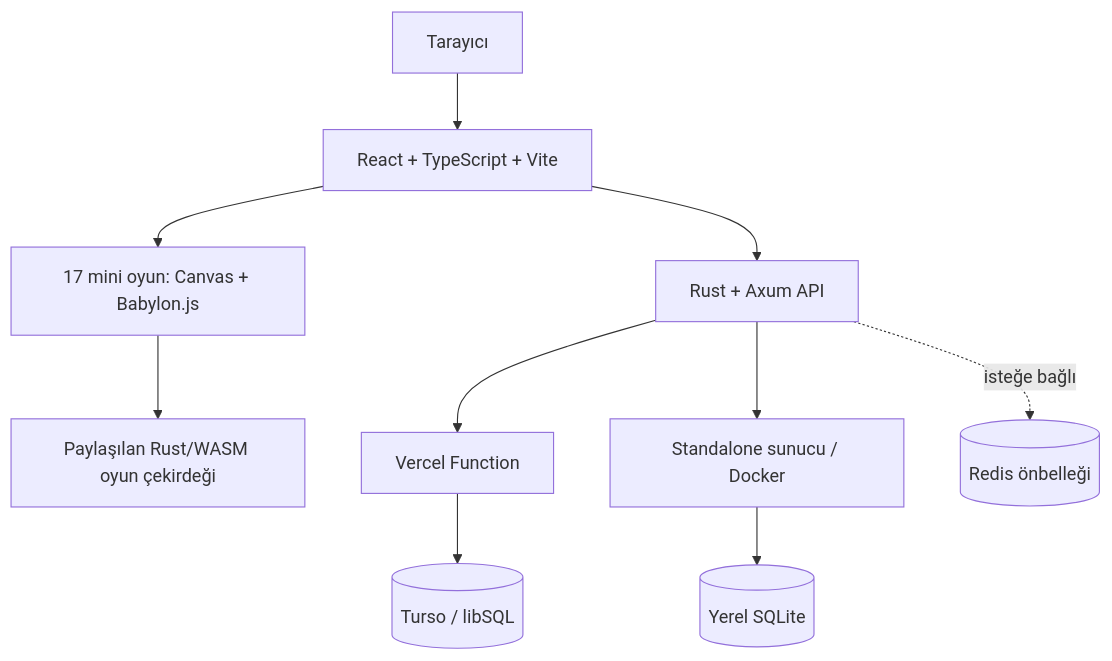
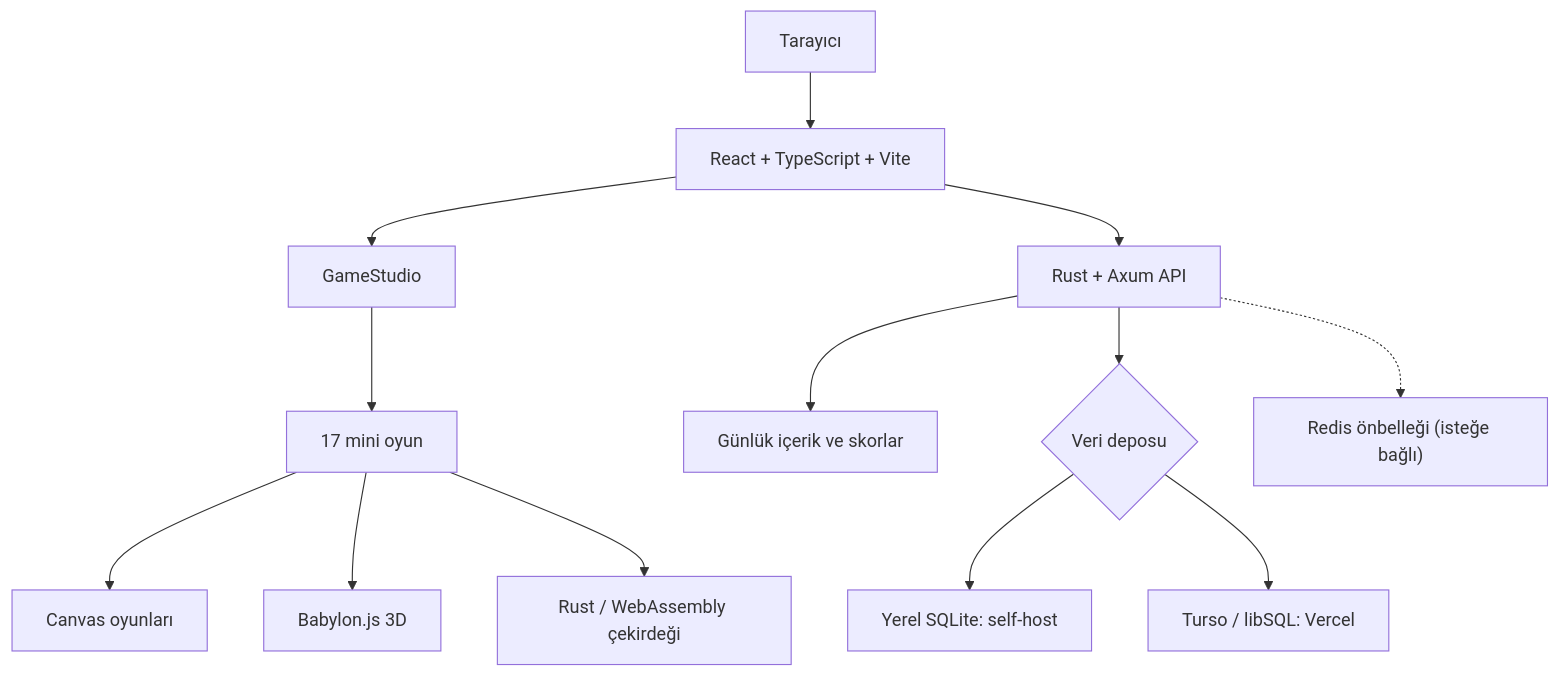
Before and after one commit to dixtuel/sely-minigame-hub: the diagram in README.md, drawn with Mermaid. The commit also changed other lines of this file, not shown here.

````diff
--- a/README.md
+++ b/README.md
@@ -96,12 +142,15 @@
 ```mermaid
 flowchart TD
-    Browser[Tarayıcı] --> UI[React + TypeScript + Vite]
-    UI --> Games[17 mini oyun: Canvas + Babylon.js]
-    Games --> WASM[Paylaşılan Rust/WASM oyun çekirdeği]
-    UI --> API[Rust + Axum API]
-    API --> Vercel[Vercel Function]
-    API --> Standalone[Standalone sunucu / Docker]
-    Vercel --> Turso[(Turso / libSQL)]
-    Standalone --> SQLite[(Yerel SQLite)]
-    API -. isteğe bağlı .-> Redis[(Redis önbelleği)]
+    Browser["Tarayıcı"] --> Client["React + TypeScript + Vite"]
+    Client --> Studio["GameStudio"]
+    Studio --> Games["17 mini oyun"]
+    Games --> Canvas["Canvas oyunları"]
+    Games --> Babylon["Babylon.js 3D"]
+    Games --> WASM["Rust / WebAssembly çekirdeği"]
+    Client --> API["Rust + Axum API"]
+    API --> Daily["Günlük içerik ve skorlar"]
+    API --> Storage{"Veri deposu"}
+    Storage --> SQLite["Yerel SQLite: self-host"]
+    Storage --> Turso["Turso / libSQL: Vercel"]
+    API -.-> Redis["Redis önbelleği (isteğe bağlı)"]
 ```
````
